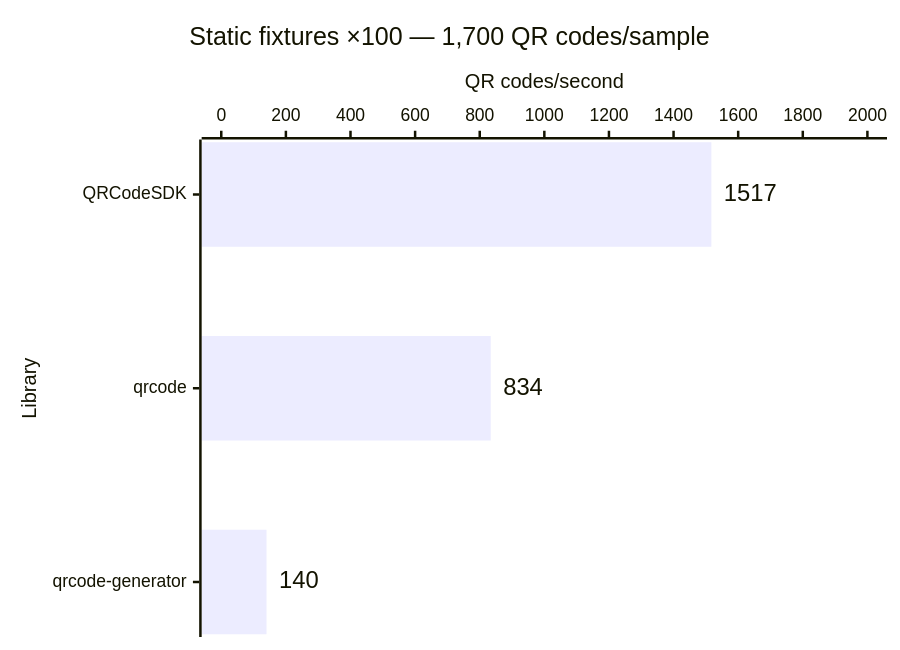
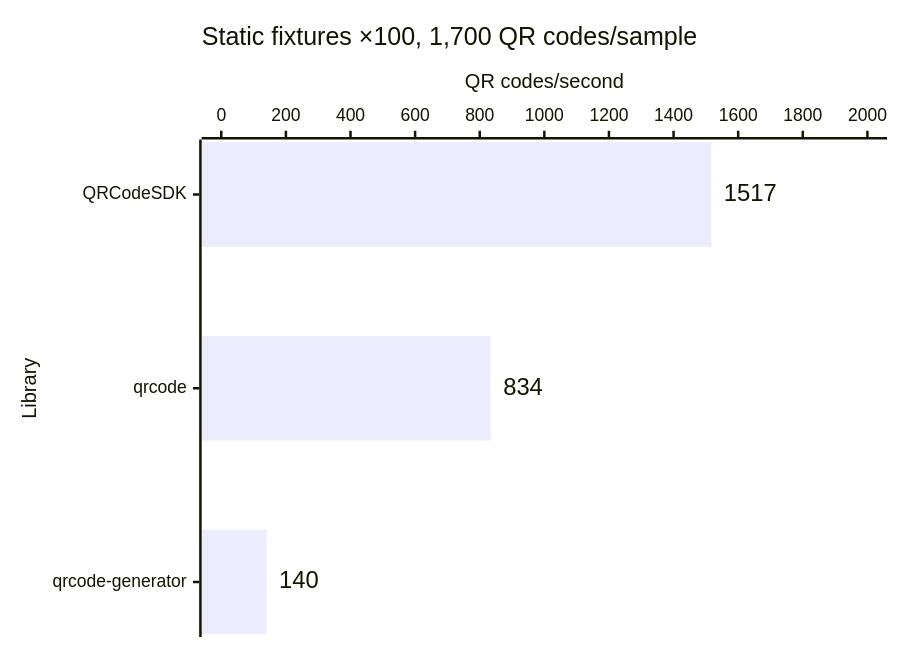
Before and after one commit to Dafnik/qrcodesdk: the seventh of 14 diagrams in apps/docs/src/content/docs/learn/performance.md, drawn with Mermaid. The commit also changed other lines of this file and 86 other files, not shown here.

````diff
--- a/apps/docs/src/content/docs/learn/performance.md
+++ b/apps/docs/src/content/docs/learn/performance.md
@@ -147,15 +147,15 @@
 ```mermaid
 ---
 config:
   xyChart:
     showDataLabel: true
     showDataLabelOutsideBar: true
 ---
 xychart horizontal
-  accTitle: Automatic matrix generation: Static fixtures ×100 — 1,700 QR codes/sample
+  accTitle: Automatic matrix generation, Static fixtures ×100, 1,700 QR codes/sample
   accDescr: Throughput calculated from median time. QRCodeSDK 1,517 QR codes per second, qrcode 834 QR codes per second, qrcode-generator 140 QR codes per second. Higher is better.
-  title "Static fixtures ×100 — 1,700 QR codes/sample"
+  title "Static fixtures ×100, 1,700 QR codes/sample"
   x-axis "Library" ["QRCodeSDK", "qrcode", "qrcode-generator"]
   y-axis "QR codes/second" 0 --> 2000
   bar [1517, 834, 140]
 ```
````
